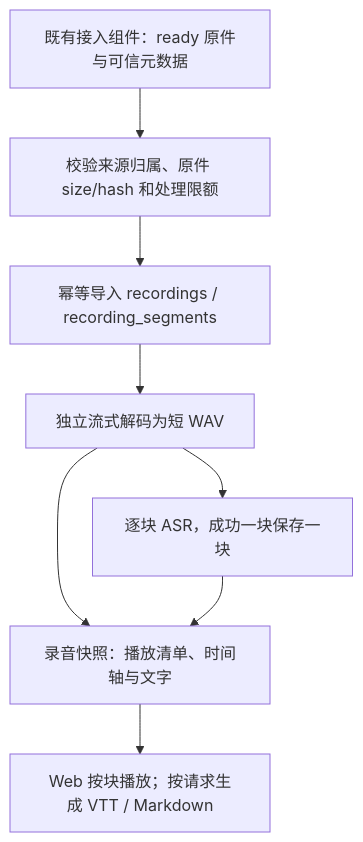
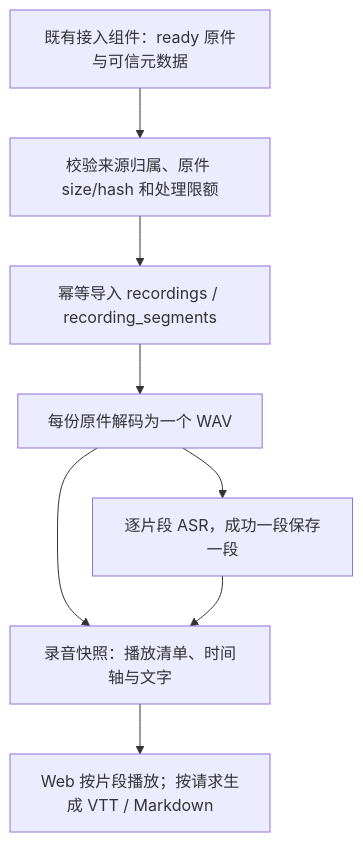
The diagram in docs/audio-processing.md (boboliu-1010/speaker), drawn with Mermaid before and after one commit. The commit also changed other lines of this file and 5 other files, not shown here.

````diff
--- a/docs/audio-processing.md
+++ b/docs/audio-processing.md
@@ -24,10 +24,10 @@
 ```mermaid
 flowchart TD
     A["既有接入组件：ready 原件与可信元数据"] --> B["校验来源归属、原件 size/hash 和处理限额"]
     B --> C["幂等导入 recordings / recording_segments"]
-    C --> D["独立流式解码为短 WAV"]
-    D --> E["逐块 ASR，成功一块保存一块"]
+    C --> D["每份原件解码为一个 WAV"]
+    D --> E["逐片段 ASR，成功一段保存一段"]
     D --> F["录音快照：播放清单、时间轴与文字"]
     E --> F
-    F --> G["Web 按块播放；按请求生成 VTT / Markdown"]
+    F --> G["Web 按片段播放；按请求生成 VTT / Markdown"]
 ```
````
